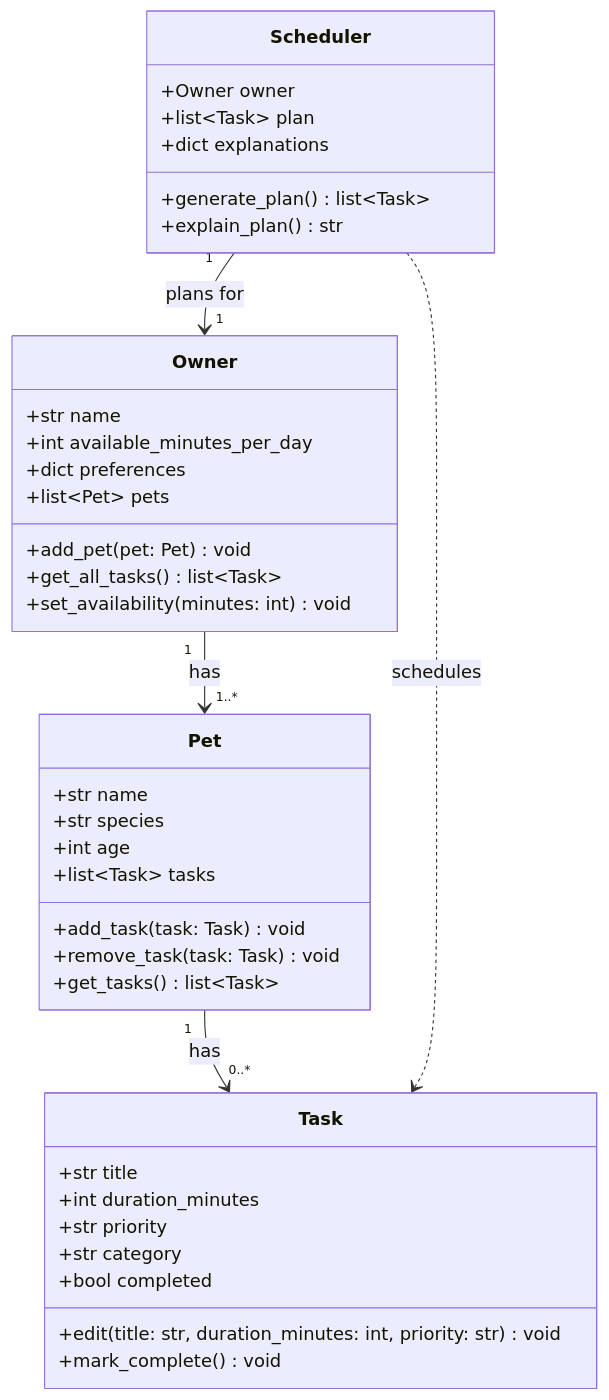
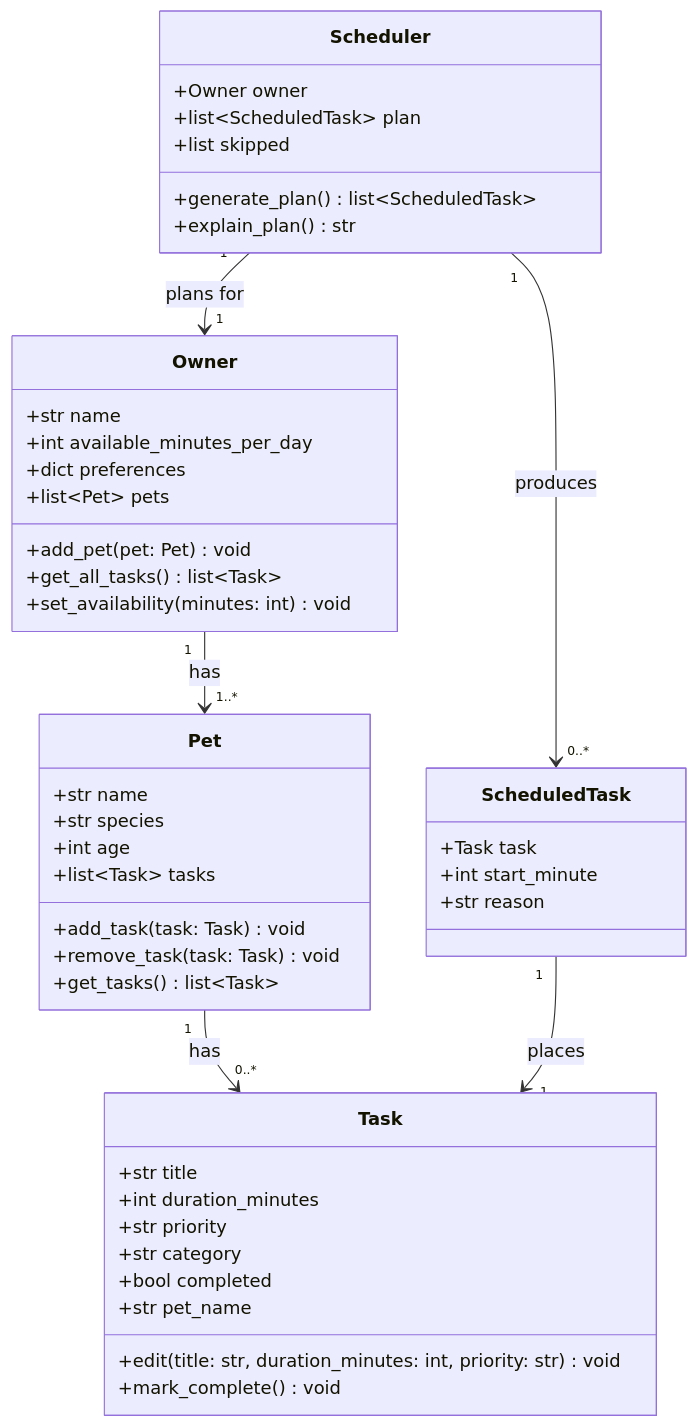
One commit to farwaa-sr/ai110-module2show-pawpal-starter changed the diagram in uml_diagram.md. Above: the diagram before and after it, drawn with Mermaid. The commit also changed 2 other files, not shown here.

Commit message:
refactor: revise design after review (ScheduledTask, pet_name, skipped)

````diff
--- a/uml_diagram.md
+++ b/uml_diagram.md
@@ -3,45 +3,53 @@
 ```mermaid
 classDiagram
     class Owner {
         +str name
         +int available_minutes_per_day
         +dict preferences
         +list~Pet~ pets
         +add_pet(pet: Pet) void
         +get_all_tasks() list~Task~
         +set_availability(minutes: int) void
     }
 
     class Pet {
         +str name
         +str species
         +int age
         +list~Task~ tasks
         +add_task(task: Task) void
         +remove_task(task: Task) void
         +get_tasks() list~Task~
     }
 
     class Task {
         +str title
         +int duration_minutes
         +str priority
         +str category
         +bool completed
+        +str pet_name
         +edit(title: str, duration_minutes: int, priority: str) void
         +mark_complete() void
     }
 
+    class ScheduledTask {
+        +Task task
+        +int start_minute
+        +str reason
+    }
+
     class Scheduler {
         +Owner owner
-        +list~Task~ plan
-        +dict explanations
-        +generate_plan() list~Task~
+        +list~ScheduledTask~ plan
+        +list skipped
+        +generate_plan() list~ScheduledTask~
         +explain_plan() str
     }
 
     Owner "1" --> "1..*" Pet : has
     Pet "1" --> "0..*" Task : has
     Scheduler "1" --> "1" Owner : plans for
-    Scheduler ..> Task : schedules
+    Scheduler "1" --> "0..*" ScheduledTask : produces
+    ScheduledTask "1" --> "1" Task : places
 ```
````
